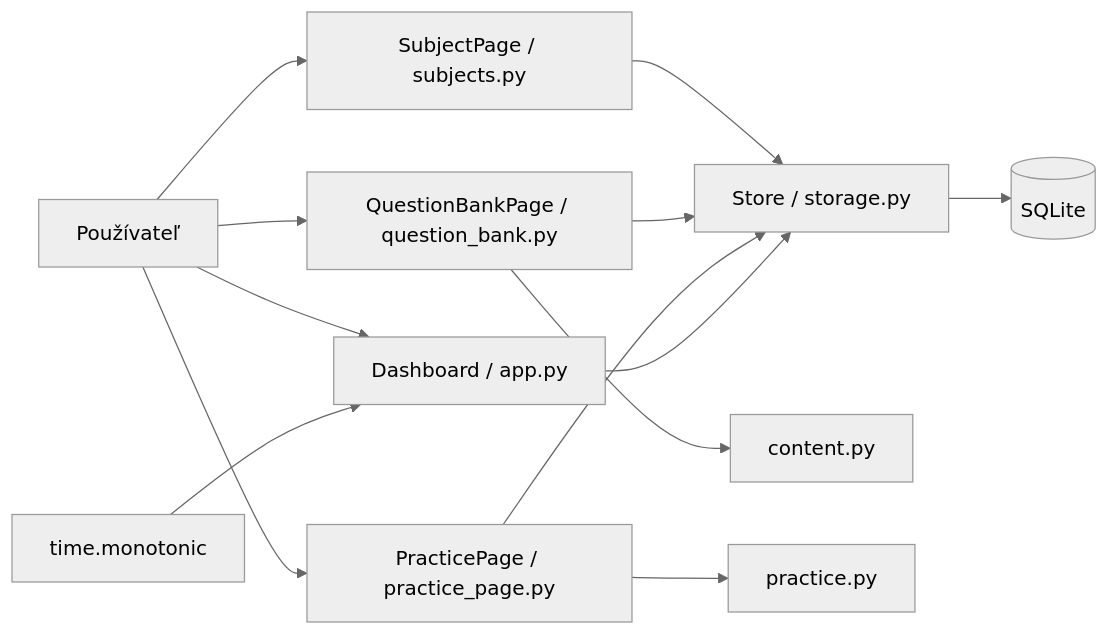
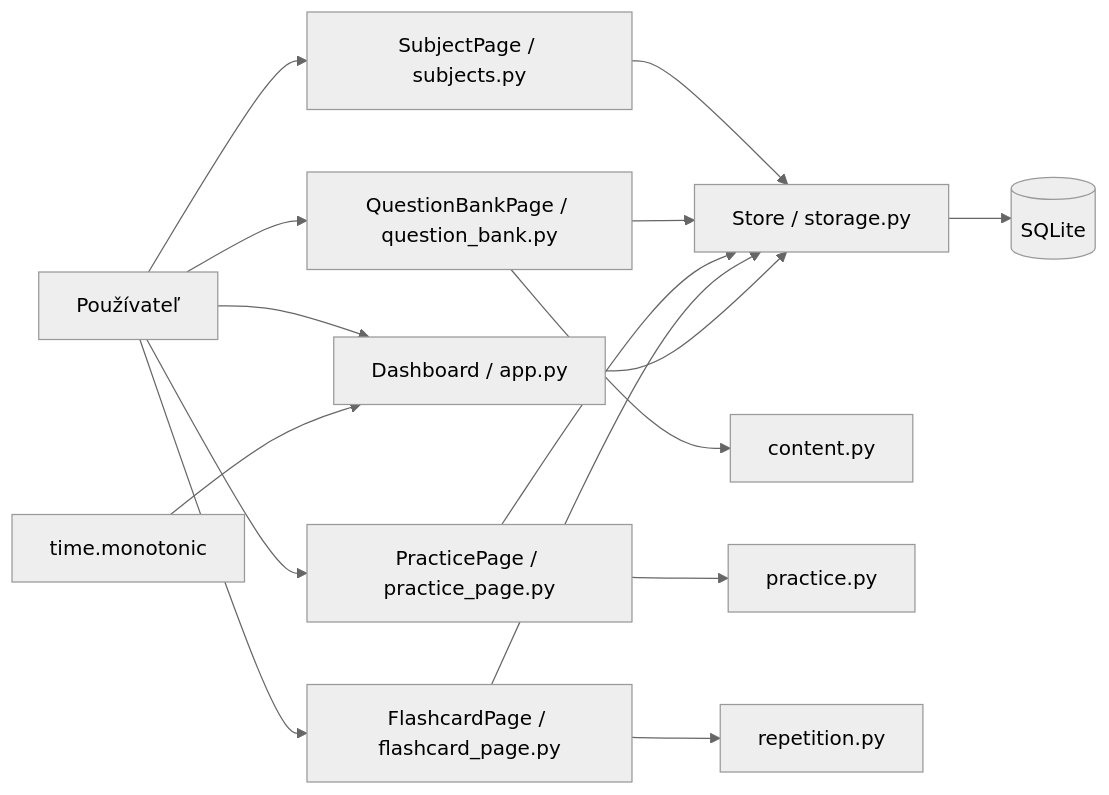
The diagram in docs/sk/CURRENT_ARCHITECTURE.md (turcinv/SOSkuska), drawn with Mermaid (neutral theme) before and after one commit. The commit also changed other lines of this file and 37 other files, not shown here.

````diff
--- a/docs/sk/CURRENT_ARCHITECTURE.md
+++ b/docs/sk/CURRENT_ARCHITECTURE.md
@@ -21,15 +21,18 @@
 ```mermaid
 flowchart LR
     User[Používateľ] --> Dashboard[Dashboard / app.py]
     User --> Subjects[SubjectPage / subjects.py]
     Subjects --> Store[Store / storage.py]
     User --> Questions[QuestionBankPage / question_bank.py]
     Questions --> Validation[content.py]
     Questions --> Store
     User --> Practice[PracticePage / practice_page.py]
     Practice --> Rules[practice.py]
     Practice --> Store
+    User --> Flashcards[FlashcardPage / flashcard_page.py]
+    Flashcards --> Repetition[repetition.py]
+    Flashcards --> Store
     Dashboard --> Store
     Store --> DB[(SQLite)]
     Clock[time.monotonic] --> Dashboard
 ```
````
